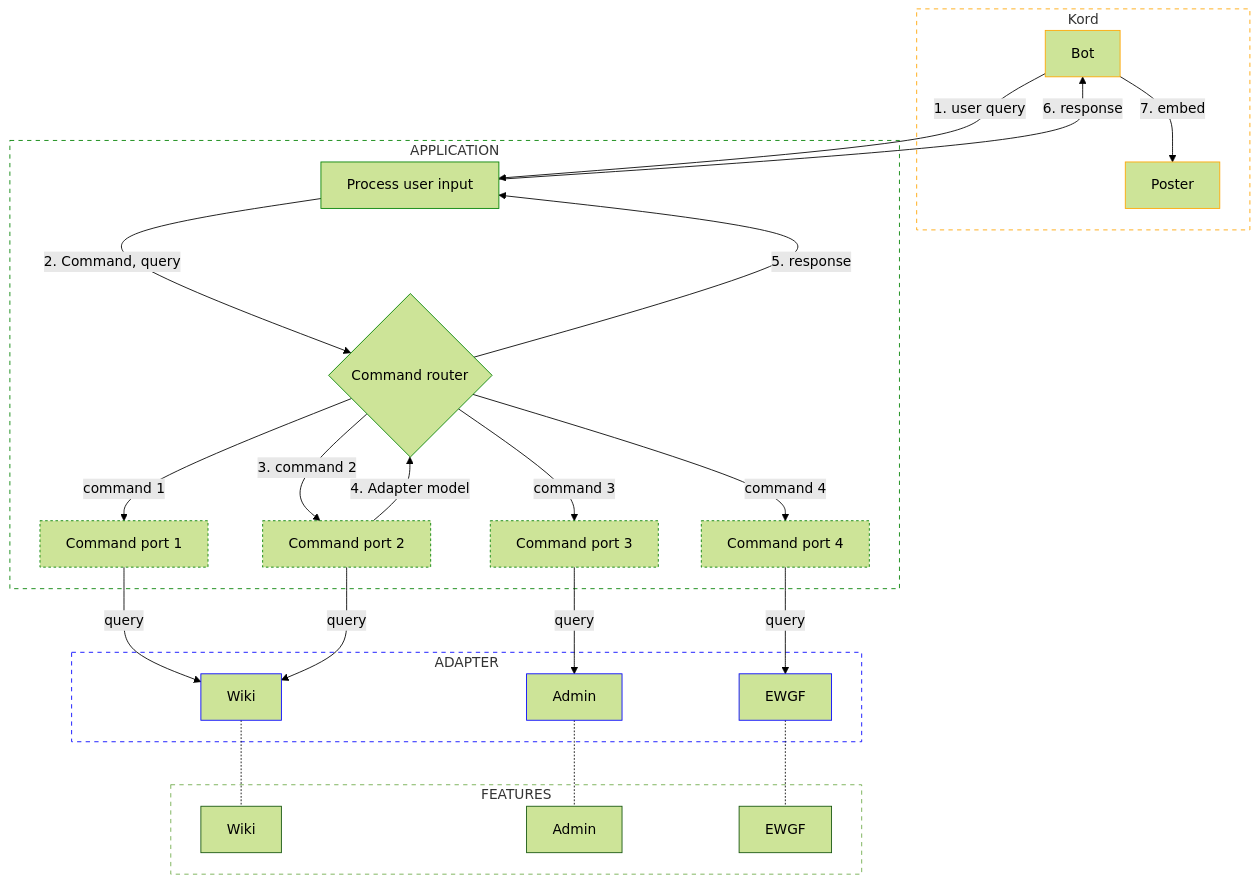
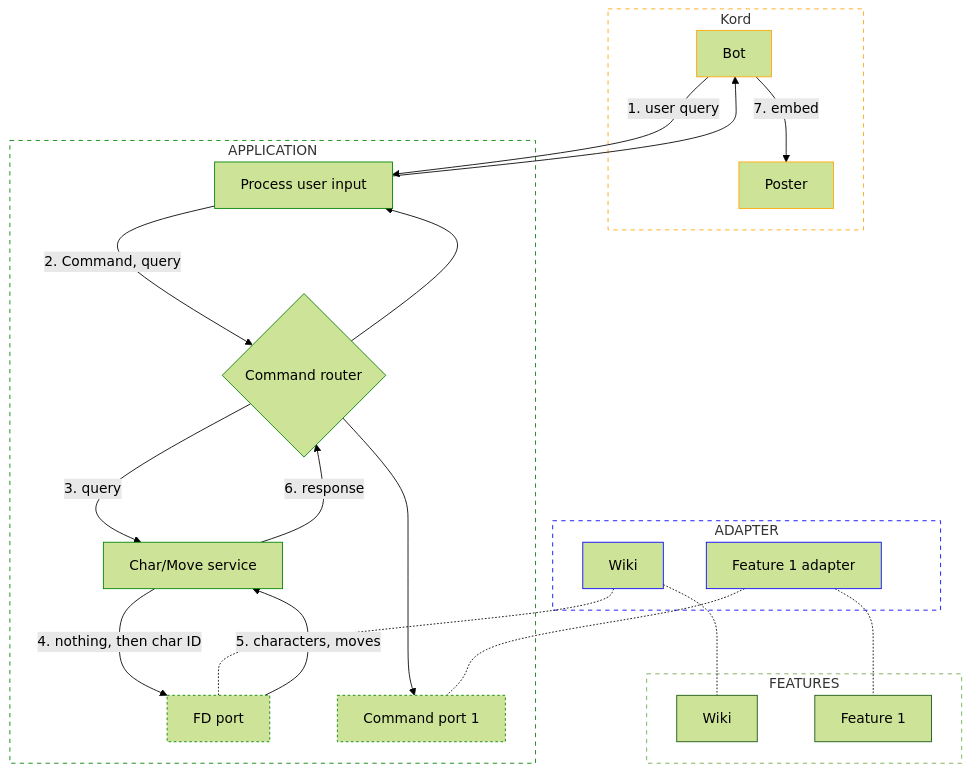
One commit to Sophon/FightingNerd changed the diagram in bot/discord/src/jvmMain/kotlin/io/github/sophon/discord/docs/flow-user_input.mmd. Above: the diagram before and after it, drawn with Mermaid (forest theme).

Commit message:
docs (discord): update user input flow graph

```diff
--- a/bot/discord/src/jvmMain/kotlin/io/github/sophon/discord/docs/flow-user_input.mmd
+++ b/bot/discord/src/jvmMain/kotlin/io/github/sophon/discord/docs/flow-user_input.mmd
@@ -1,55 +1,53 @@
 flowchart TD
     subgraph Kord
         bot["Bot"]
         poster["Poster"]
     end
 
     subgraph APPLICATION
         process["Process user input"]
         route{"Command router"}
-        command_p1["Command port 1"]
-        command_p2["Command port 2"]
-        command_p3["Command port 3"]
-        command_p4["Command port 4"]
+        fd_svc["Char/Move service"]
+        fd_port["FD port"]
+        command1_port["Command port 1"]
     end
 
     subgraph ADAPTER
         wiki_adp["Wiki"]
-        admin_adp["Admin"]
-        ewgf_adp["EWGF"]
+        feat1_adp["Feature 1 adapter"]
     end
 
     subgraph FEATURES
         wiki["Wiki"]
-        admin["Admin"]
-        ewgf["EWGF"]
+        feat1["Feature 1"]
     end
 
-    bot -->|"1. user query"| process -->|"2. Command, query"| route
-    route -->|"command 1"| command_p1 -->|query| wiki_adp
-    route -->|"3. command 2"| command_p2 -->|query| wiki_adp
-    route -->|"command 3"| command_p3 -->|query| admin_adp
-    route -->|"command 4"| command_p4 -->|query| ewgf_adp
-    command_p2 -->|"4. Adapter model"| route -->|"5. response"| process
+    bot -->|"1. user query"| process
+    process -->|"2. Command, query"| route --> |"3. query"| fd_svc
+    fd_svc --> |"4. nothing, then char ID"| fd_port --> |"5. characters, moves"| fd_svc
+    fd_svc --> |"6. response"| route --> process
+    process --> bot -->|"7. embed"| poster
 
-    process -->|"6. response"|bot -->|"7. embed"| poster
+    route --> command1_port
+
+    wiki_adp -.- fd_port
+    feat1_adp -.- command1_port
 
     wiki_adp -.- wiki
-    admin_adp -.- admin
-    ewgf_adp -.- ewgf
+    feat1_adp -.- feat1
 
 
     style Kord stroke:orange,stroke-dasharray:5 5,fill:none
     style APPLICATION stroke:green,stroke-dasharray:5 5,fill:none
     style ADAPTER stroke:blue,stroke-dasharray:5 5,fill:none
     style FEATURES stroke-dasharray:5 5,fill:none
 
     classDef kord stroke:orange
     classDef application stroke:green
     classDef adapter stroke:blue
     classDef outboundPort stroke:green,stroke-dasharray:3 3
 
     class bot,poster kord
-    class process,route application
-    class command_p1,command_p2,command_p3,command_p4 outboundPort
-    class wiki_adp,admin_adp,ewgf_adp adapter
+    class process,route,fd_svc application
+    class fd_port,command1_port outboundPort
+    class wiki_adp,feat1_adp adapter
```
